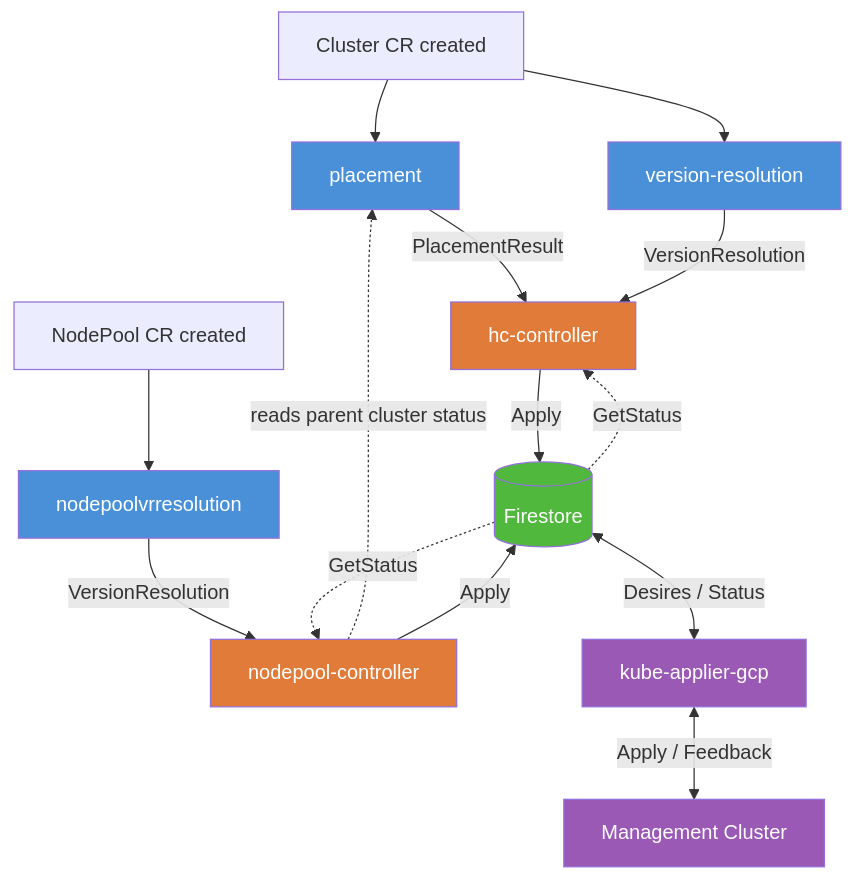
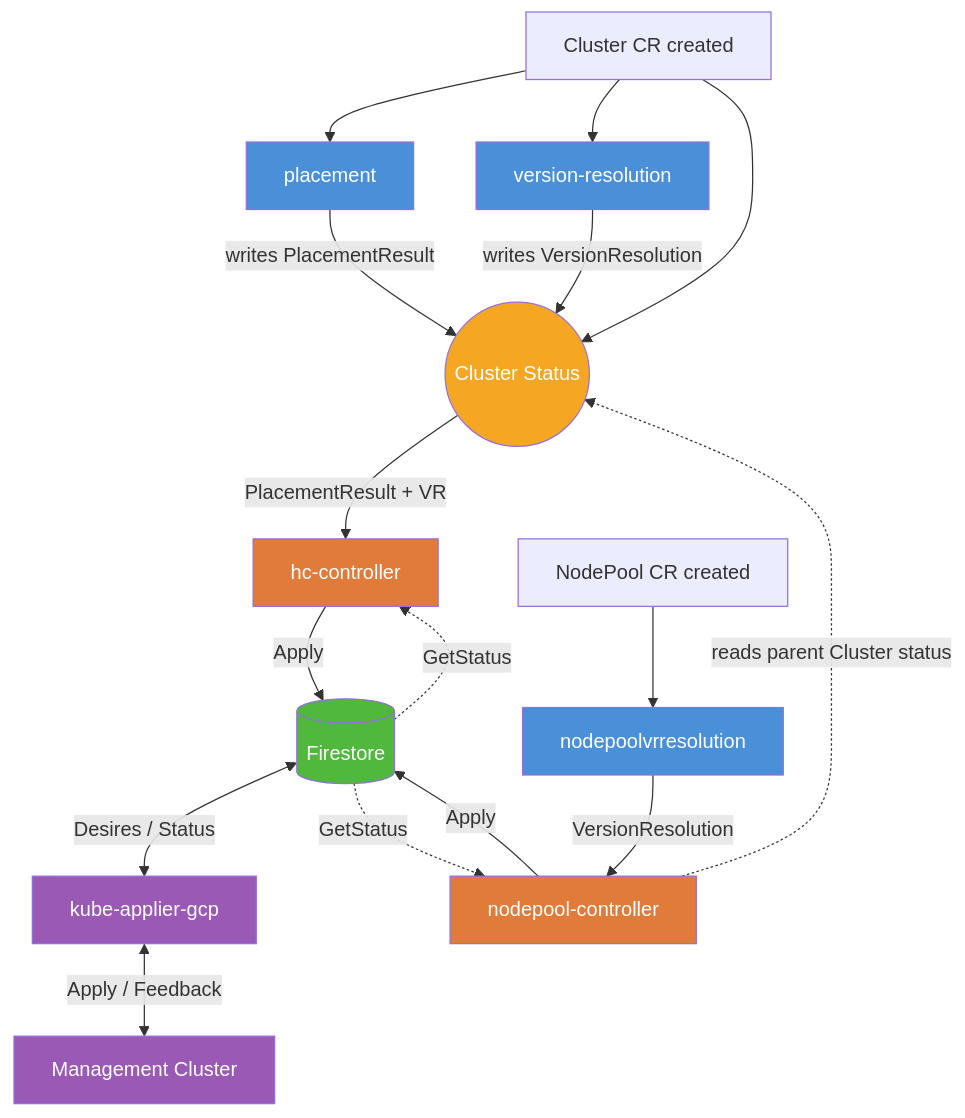
One commit to cblecker/gecko changed the first of 2 diagrams in controllers/README.md. Above: the diagram before and after it, drawn with Mermaid. The commit also changed other lines of this file, not shown here.

Commit message:
docs(controllers): address CodeRabbit review feedback
- Describe reconcile.Request as a queue key, not an event
- Route nodepool-controller dependency through Cluster Status node
  instead of pointing directly at the placement controller
- Add language identifier to directory-tree code fence

````diff
--- a/controllers/README.md
+++ b/controllers/README.md
@@ -23,30 +23,34 @@
 ```mermaid
 graph TD
     A[Cluster CR created] --> B[placement]
     A --> C[version-resolution]
+    A --> K((Cluster Status))
 
-    B -->|PlacementResult| D[hc-controller]
-    C -->|VersionResolution| D
+    B -->|writes PlacementResult| K
+    C -->|writes VersionResolution| K
+
+    K -->|PlacementResult + VR| D[hc-controller]
 
     E[NodePool CR created] --> G[nodepoolvrresolution]
     G -->|VersionResolution| F[nodepool-controller]
-    F -.->|reads parent cluster status| B
+    F -.->|reads parent Cluster status| K
 
     D -->|Apply| H[(Firestore)]
     F -->|Apply| H
 
     H <-->|Desires / Status| I[kube-applier-gcp]
     I <-->|Apply / Feedback| J[Management Cluster]
 
     H -.->|GetStatus| D
     H -.->|GetStatus| F
 
+    style K fill:#f5a623,color:#fff
     style B fill:#4a90d9,color:#fff
     style C fill:#4a90d9,color:#fff
     style D fill:#e07b39,color:#fff
     style F fill:#e07b39,color:#fff
     style G fill:#4a90d9,color:#fff
     style H fill:#50b83c,color:#fff
     style I fill:#9b59b6,color:#fff
     style J fill:#9b59b6,color:#fff
 ```
````
